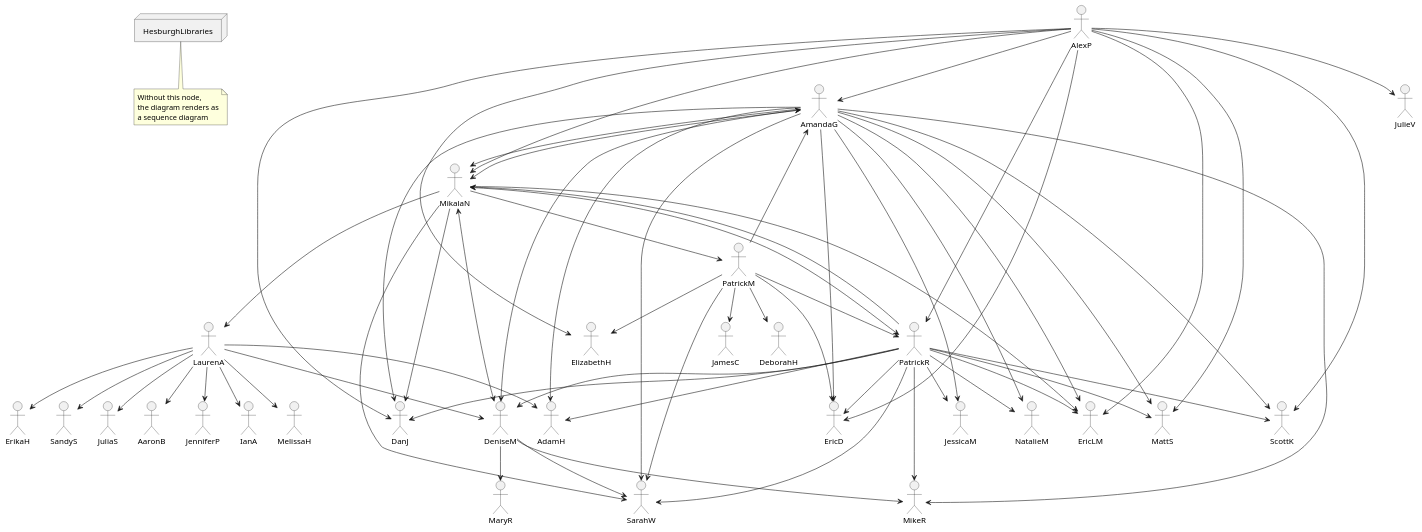
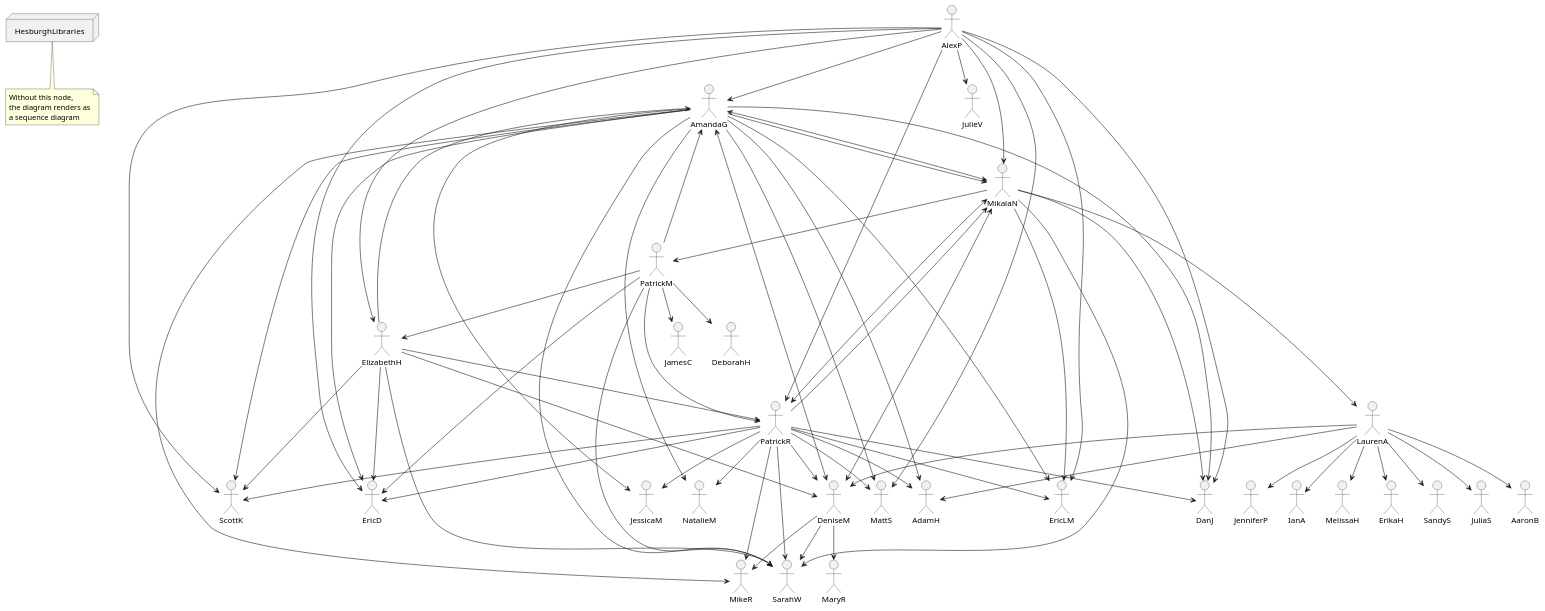
The diagram in plantuml/people.puml (ndlib/dam-ecosystem-mapping), drawn with PlantUML before and after one commit. The commit also changed 3 other files, not shown here.

```diff
--- a/plantuml/people.puml
+++ b/plantuml/people.puml
@@ -3,93 +3,99 @@
 @startuml
 node HesburghLibraries
 note bottom of HesburghLibraries
   Without this node,
   the diagram renders as
   a sequence diagram
 end note
 
 actor AaronB
 actor AdamH
 actor AlexP
 actor AmandaG
 actor DanJ
 actor DeborahH
 actor DeniseM
 actor ElizabethH
 actor EricD
 actor EricLM
 actor JamesC
 actor JenniferP
 actor JulieV
 actor IanA
 actor LaurenA
 actor MelissaH
 actor MikalaN
 actor PatrickM
 actor ErikaH
 actor PatrickR
 actor SandyS
 actor SarahW
 
 AlexP --> AmandaG
 AlexP --> DanJ
 AlexP --> ElizabethH
 AlexP --> EricD
 AlexP --> EricLM
 AlexP --> JulieV
 AlexP --> MattS
 AlexP --> MikalaN
 AlexP --> PatrickR
 AlexP --> ScottK
 AmandaG --> AdamH
 AmandaG --> DanJ
 AmandaG <--> DeniseM
 AmandaG --> EricD
 AmandaG --> EricLM
 AmandaG --> JessicaM
 AmandaG --> MattS
 AmandaG --> MikalaN
 AmandaG --> MikeR
 AmandaG --> NatalieM
 AmandaG --> SarahW
 AmandaG --> ScottK
 DeniseM --> MaryR
 DeniseM --> MikeR
 DeniseM --> SarahW
+ElizabethH --> AmandaG
+ElizabethH --> PatrickR
+ElizabethH --> ScottK
+ElizabethH --> SarahW
+ElizabethH --> DeniseM
+ElizabethH --> EricD
 LaurenA --> AaronB
 LaurenA --> AdamH
 LaurenA --> DeniseM
 LaurenA --> JenniferP
 LaurenA --> JuliaS
 LaurenA --> ErikaH
 LaurenA --> MelissaH
 LaurenA --> IanA
 LaurenA --> SandyS
 MikalaN --> DanJ
 MikalaN <--> DeniseM
 MikalaN --> EricLM
 MikalaN --> LaurenA
 MikalaN --> PatrickM
 MikalaN --> SarahW
 MikalaN <--> AmandaG
 MikalaN <--> PatrickR
 PatrickM --> AmandaG
 PatrickM --> DeborahH
 PatrickM --> ElizabethH
 PatrickM --> EricD
 PatrickM --> JamesC
 PatrickM --> PatrickR
 PatrickM --> SarahW
 PatrickR --> AdamH
 PatrickR --> DanJ
 PatrickR --> DeniseM
 PatrickR --> EricD
 PatrickR --> EricLM
 PatrickR --> JessicaM
 PatrickR --> MattS
 PatrickR --> MikalaN
 PatrickR --> MikeR
 PatrickR --> NatalieM
 PatrickR --> SarahW
 PatrickR --> ScottK
 @enduml
```
